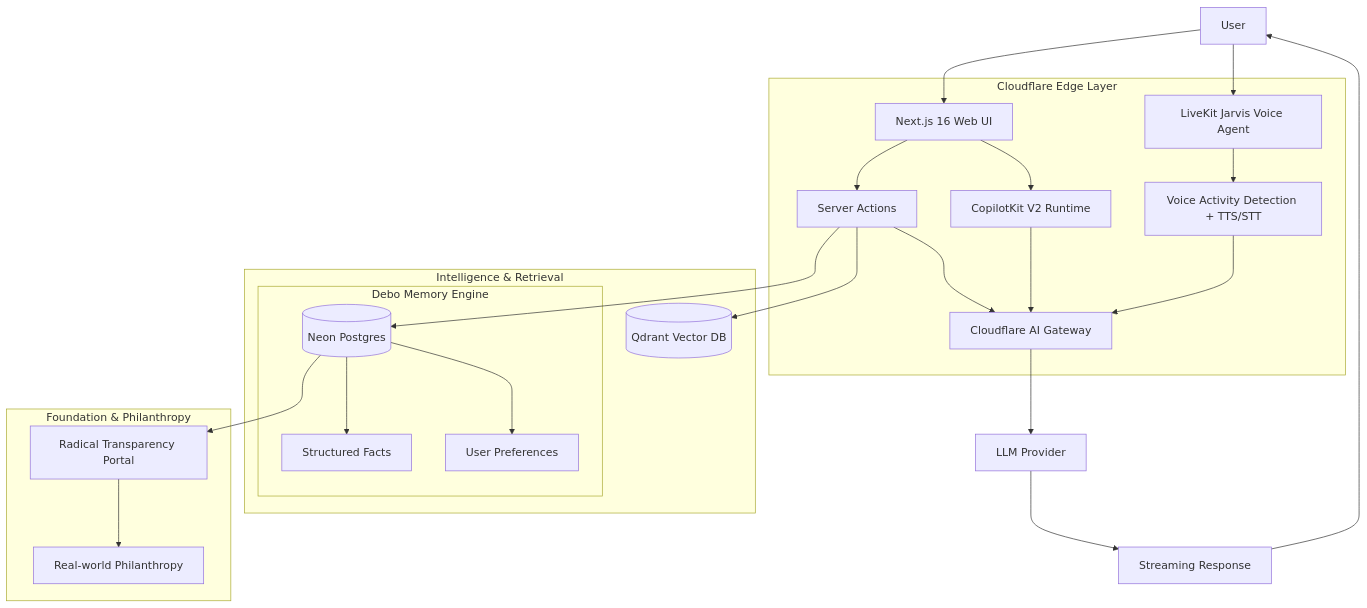
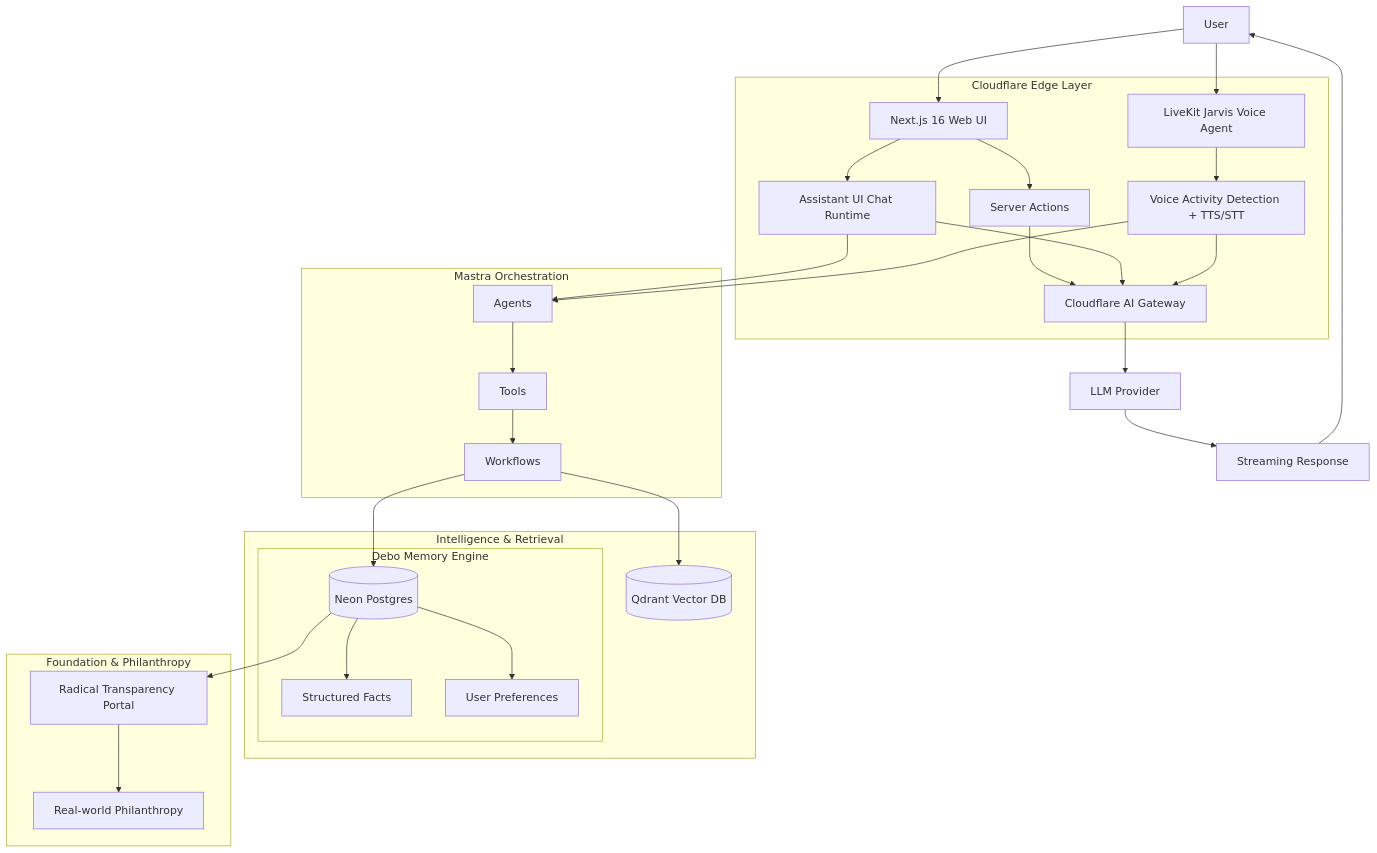
The diagram in docs/ARCHITECTURE.md (SH20RAJ/debo), drawn with Mermaid before and after one commit. The commit also changed other lines of this file and 17 other files, not shown here.

````diff
--- a/docs/ARCHITECTURE.md
+++ b/docs/ARCHITECTURE.md
@@ -10,33 +11,40 @@
 ```mermaid
 graph TD
     User[User] --> Web[Next.js 16 Web UI]
     User --> Voice[LiveKit Jarvis Voice Agent]
     
     subgraph Edge_Execution[Cloudflare Edge Layer]
         Web --> Actions[Server Actions]
-        Web --> Copilot[CopilotKit V2 Runtime]
+        Web --> ChatRoute[Assistant UI Chat Runtime]
         Voice --> VoiceLogic[Voice Activity Detection + TTS/STT]
         Actions --> AIGateway[Cloudflare AI Gateway]
-        Copilot --> AIGateway
+        ChatRoute --> AIGateway
         VoiceLogic --> AIGateway
     end
 
+    subgraph Orchestration[Mastra Orchestration]
+        ChatRoute --> Agents[Agents]
+        VoiceLogic --> Agents
+        Agents --> Tools[Tools]
+        Tools --> Workflows[Workflows]
+    end
+
     subgraph Intelligence_Layer[Intelligence & Retrieval]
-        Actions --> DB[(Neon Postgres)]
-        Actions --> Qdrant[(Qdrant Vector DB)]
+        Workflows --> DB[(Neon Postgres)]
+        Workflows --> Qdrant[(Qdrant Vector DB)]
         
         subgraph Memory_Engine[Debo Memory Engine]
             DB --> Facts[Structured Facts]
             DB --> Prefs[User Preferences]
         end
     end
 
     subgraph Impact_Layer[Foundation & Philanthropy]
         DB --> Transparency[Radical Transparency Portal]
         Transparency --> Impact[Real-world Philanthropy]
     end
 
     AIGateway --> LLM[LLM Provider]
     LLM --> Stream[Streaming Response]
     Stream --> User
 ```
````
